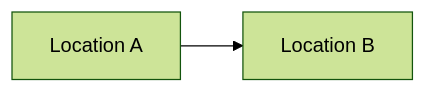
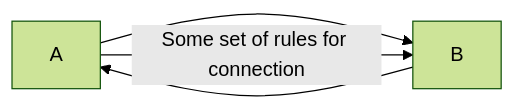
The first of 2 diagrams in Computer_Networks/CN_1.MD (shubham21155102/Archieve), drawn with Mermaid (forest theme) before and after one commit. The commit also changed other lines of this file and 2 other files, not shown here.

````diff
--- a/Computer_Networks/CN_1.MD
+++ b/Computer_Networks/CN_1.MD
@@ -13,4 +4,6 @@
   ```mermaid
   graph LR;
-  A[Location A] --> B[Location B]
+  A-->B
+  B-->A
+  A--Some set of rules for connection -->B
   ```
````
